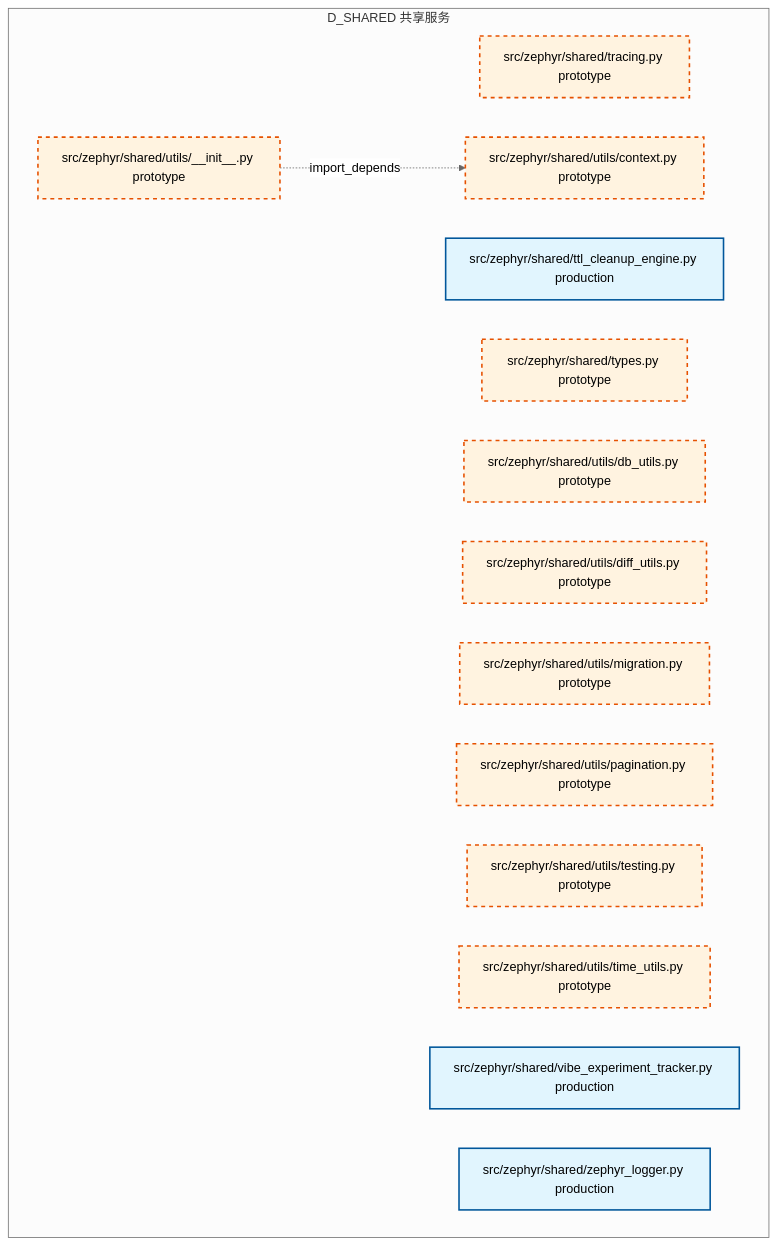
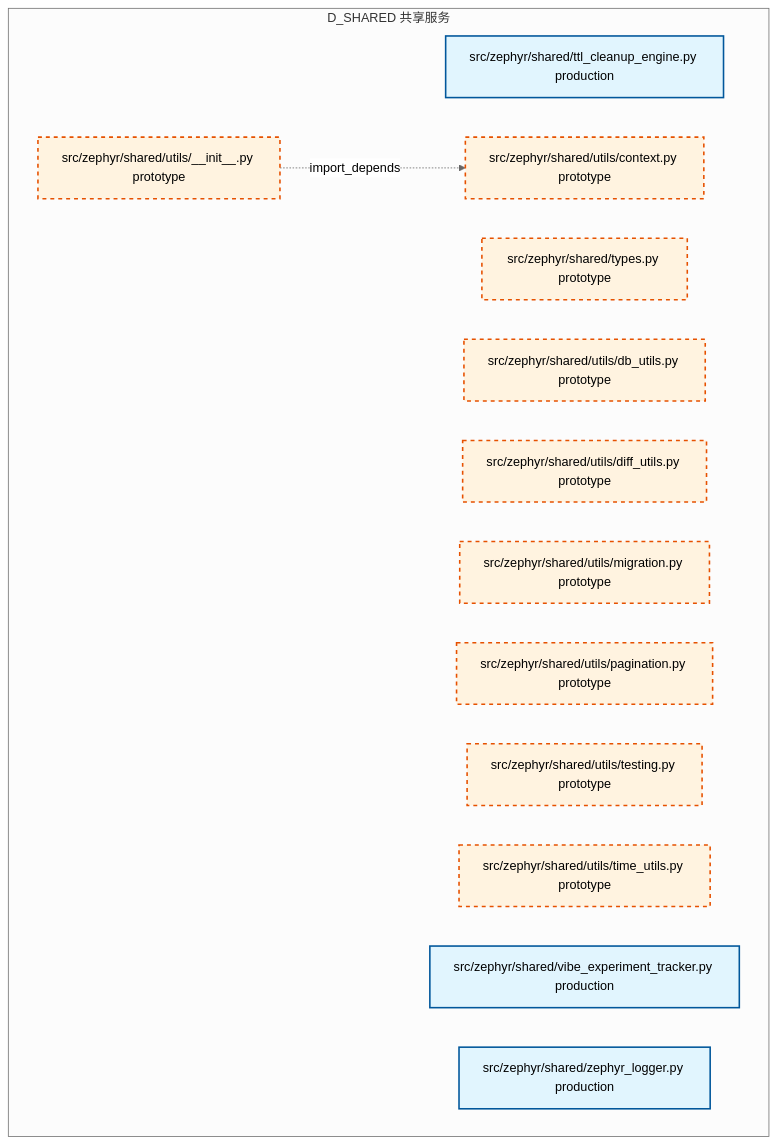
One commit to xuanFelixVan/ZephyrAlpha changed the ninth of 9 diagrams in docs/02_enterprise_architecture/02_domain_architecture_docs/20_d_shared.md. Above: the diagram before and after it, drawn with Mermaid (neutral theme). The commit also changed other lines of this file and 105 other files, not shown here.

````diff
--- a/docs/02_enterprise_architecture/02_domain_architecture_docs/20_d_shared.md
+++ b/docs/02_enterprise_architecture/02_domain_architecture_docs/20_d_shared.md
@@ -645,25 +645,24 @@
 ```mermaid
 graph TD
     subgraph D_SHARED["D_SHARED 共享服务"]
-        src_zephyr_shared_tracing_py["src/zephyr/shared/tracing.py prototype"]
         src_zephyr_shared_ttl_cleanup_engine_py["src/zephyr/shared/ttl_cleanup_engine.py production"]
         src_zephyr_shared_types_py["src/zephyr/shared/types.py prototype"]
         src_zephyr_shared_utils_init_py["src/zephyr/shared/utils/__init__.py prototype"]
         src_zephyr_shared_utils_context_py["src/zephyr/shared/utils/context.py prototype"]
         src_zephyr_shared_utils_db_utils_py["src/zephyr/shared/utils/db_utils.py prototype"]
         src_zephyr_shared_utils_diff_utils_py["src/zephyr/shared/utils/diff_utils.py prototype"]
         src_zephyr_shared_utils_migration_py["src/zephyr/shared/utils/migration.py prototype"]
         src_zephyr_shared_utils_pagination_py["src/zephyr/shared/utils/pagination.py prototype"]
         src_zephyr_shared_utils_testing_py["src/zephyr/shared/utils/testing.py prototype"]
         src_zephyr_shared_utils_time_utils_py["src/zephyr/shared/utils/time_utils.py prototype"]
         src_zephyr_shared_vibe_experiment_tracker_py["src/zephyr/shared/vibe_experiment_tracker.py production"]
         src_zephyr_shared_zephyr_logger_py["src/zephyr/shared/zephyr_logger.py production"]
     end
     src_zephyr_shared_utils_init_py -.->|import_depends| src_zephyr_shared_utils_context_py
     classDef production fill:#e1f5fe,stroke:#01579b,stroke-width:2px,color:#000
     classDef design fill:#fff3e0,stroke:#e65100,stroke-width:2px,color:#000,stroke-dasharray: 5 5
     classDef external_prod fill:#e8f5e9,stroke:#1b5e20,stroke-width:1px,color:#000
     classDef external_design fill:#fce4ec,stroke:#880e4f,stroke-width:1px,color:#000,stroke-dasharray: 5 5
     class src_zephyr_shared_ttl_cleanup_engine_py,src_zephyr_shared_vibe_experiment_tracker_py,src_zephyr_shared_zephyr_logger_py production
-    class src_zephyr_shared_tracing_py,src_zephyr_shared_types_py,src_zephyr_shared_utils_init_py,src_zephyr_shared_utils_context_py,src_zephyr_shared_utils_db_utils_py,src_zephyr_shared_utils_diff_utils_py,src_zephyr_shared_utils_migration_py,src_zephyr_shared_utils_pagination_py,src_zephyr_shared_utils_testing_py,src_zephyr_shared_utils_time_utils_py design
+    class src_zephyr_shared_types_py,src_zephyr_shared_utils_init_py,src_zephyr_shared_utils_context_py,src_zephyr_shared_utils_db_utils_py,src_zephyr_shared_utils_diff_utils_py,src_zephyr_shared_utils_migration_py,src_zephyr_shared_utils_pagination_py,src_zephyr_shared_utils_testing_py,src_zephyr_shared_utils_time_utils_py design
 ```
````
